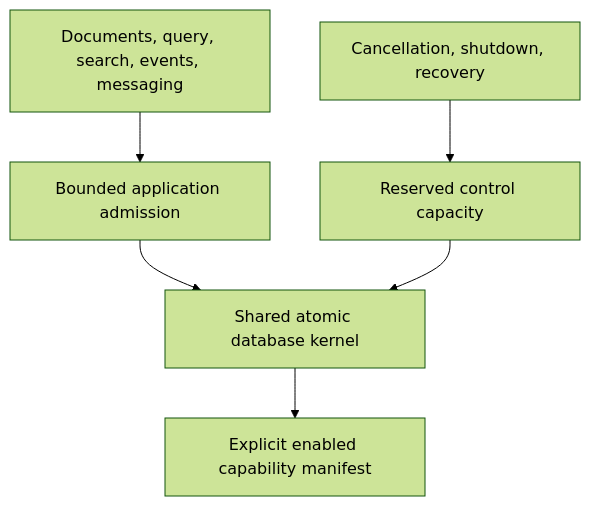
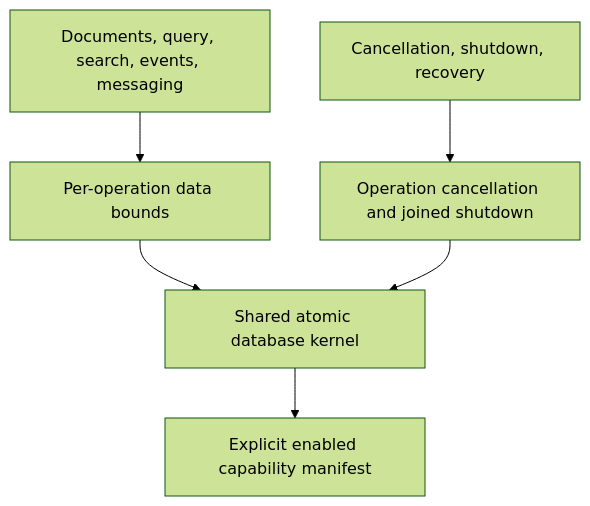
The diagram in docs/ADR/ADR-031-modular-all-in-one-resource-isolation.md (managedcode/KeyLoad), drawn with Mermaid (forest theme) before and after one commit. The commit also changed other lines of this file and 400 other files, not shown here.

````diff
--- a/docs/ADR/ADR-031-modular-all-in-one-resource-isolation.md
+++ b/docs/ADR/ADR-031-modular-all-in-one-resource-isolation.md
@@ -11,8 +13,8 @@
 ```mermaid
 flowchart TB
-    App[Documents, query, search, events, messaging] --> AppBudget[Bounded application admission]
-    Control[Cancellation, shutdown, recovery] --> Reserved[Reserved control capacity]
-    AppBudget --> Kernel[Shared atomic database kernel]
-    Reserved --> Kernel
+    App[Documents, query, search, events, messaging] --> Bounds[Per-operation data bounds]
+    Control[Cancellation, shutdown, recovery] --> Joined[Operation cancellation and joined shutdown]
+    Bounds --> Kernel[Shared atomic database kernel]
+    Joined --> Kernel
     Kernel --> Manifest[Explicit enabled capability manifest]
 ```
````
